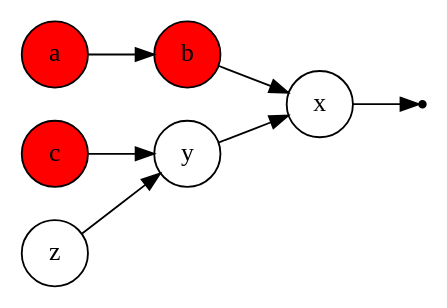
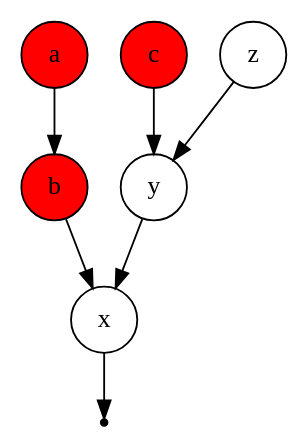
One commit to jpdarago/charla-funcional changed the diagram in dot/lista-enlazada.dot. Above: the diagram before and after it, drawn with Graphviz. The commit also changed 5 other files, not shown here.

```diff
--- a/dot/lista-enlazada.dot
+++ b/dot/lista-enlazada.dot
@@ -1,12 +1,11 @@
 digraph lista {
-    rankdir = LR;
     node [shape = point, color=black]; null;
     node [shape = circle, fillcolor=red, style=filled]; a; b; c;
     node [shape = circle, fillcolor=white, style=filled] x; y; z;
     x -> null; 
     y -> x;
     z -> y;
     b -> x;
     a -> b;
     c -> y;
 }
```
